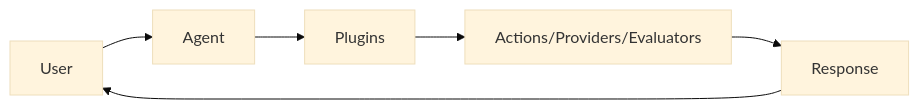
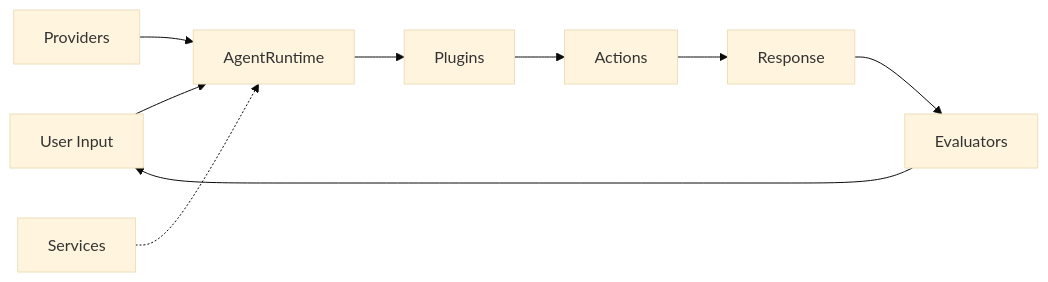
Before and after one commit to elizaOS/docs: the diagram in core-concepts/index.mdx, drawn with Mermaid (base theme). The commit also changed other lines of this file and 12 other files, not shown here.

````diff
--- a/core-concepts/index.mdx
+++ b/core-concepts/index.mdx
@@ -22,8 +22,12 @@
 ```mermaid
 graph LR
-    User --> Agent
-    Agent --> Plugins
-    Plugins --> Actions[Actions/Providers/Evaluators]
+    User[User Input] --> Runtime[AgentRuntime]
+    Runtime --> Plugins
+    Plugins --> Actions[Actions]
     Actions --> Response
-    Response --> User
+    Response --> Evaluators
+    Evaluators --> User
+    
+    Providers --> Runtime
+    Services -.-> Runtime
 ```
````
